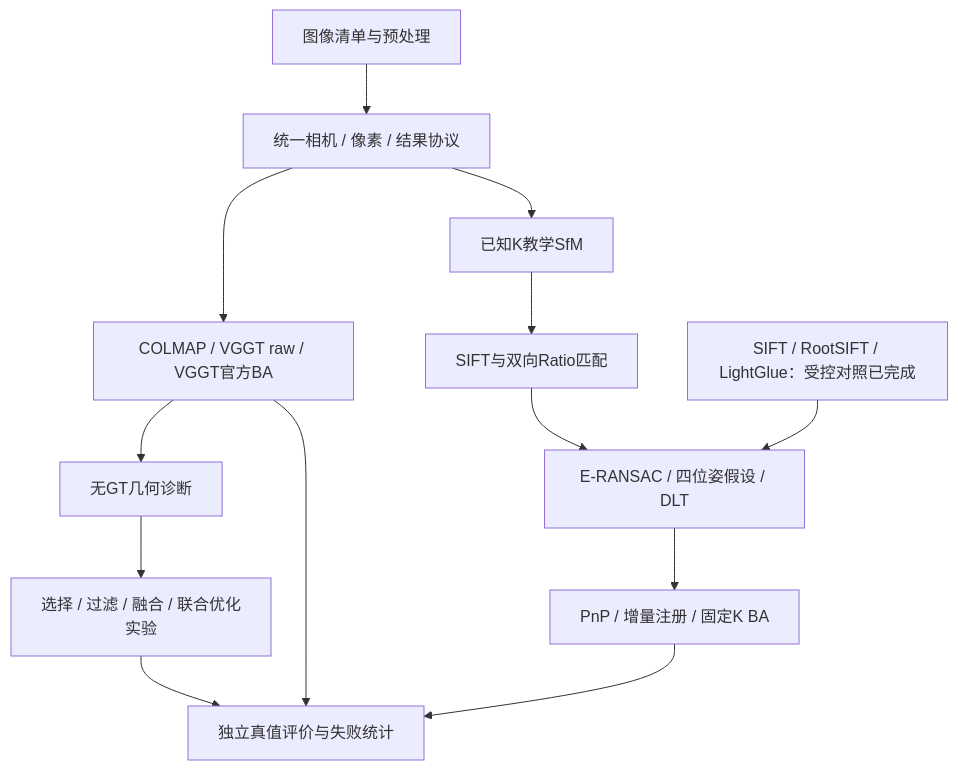
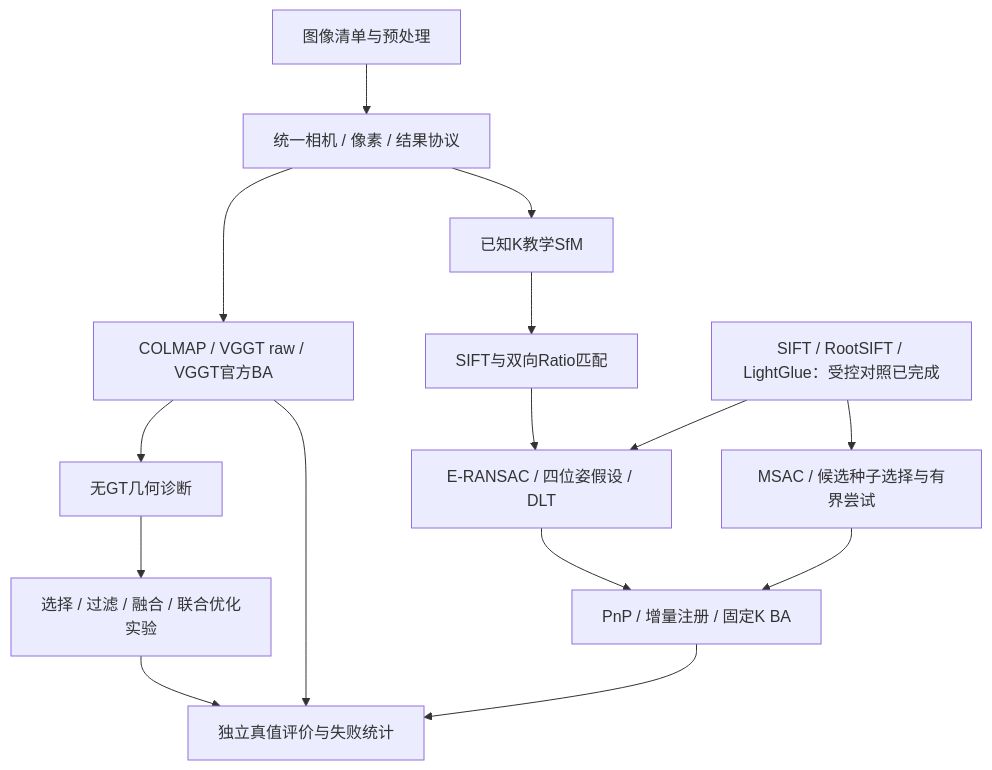
One commit to zchming/GeoRecon-Fusion changed the diagram in README.md. Above: the diagram before and after it, drawn with Mermaid. The commit also changed other lines of this file and 65 other files, not shown here.

````diff
--- a/README.md
+++ b/README.md
@@ -11,15 +11,17 @@
 ```mermaid
 flowchart TD
     I[图像清单与预处理] --> P[统一相机 / 像素 / 结果协议]
     P --> B[COLMAP / VGGT raw / VGGT官方BA]
     P --> T[已知K教学SfM]
     T --> M[SIFT与双向Ratio匹配]
     M --> E[E-RANSAC / 四位姿假设 / DLT]
     E --> R[PnP / 增量注册 / 固定K BA]
     B --> D[无GT几何诊断]
     D --> F[选择 / 过滤 / 融合 / 联合优化实验]
     B --> V[独立真值评价与失败统计]
     R --> V
     F --> V
     L[SIFT / RootSIFT / LightGlue：受控对照已完成] --> E
+    L --> S[MSAC / 候选种子选择与有界尝试]
+    S --> R
 ```
````
